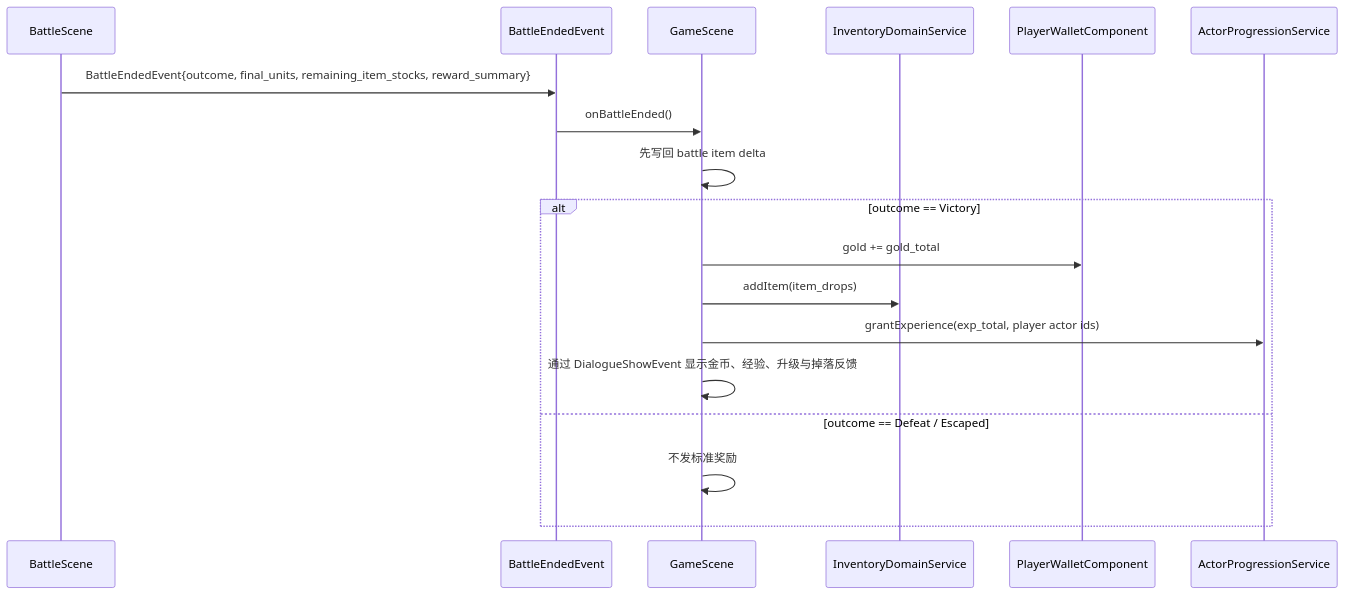
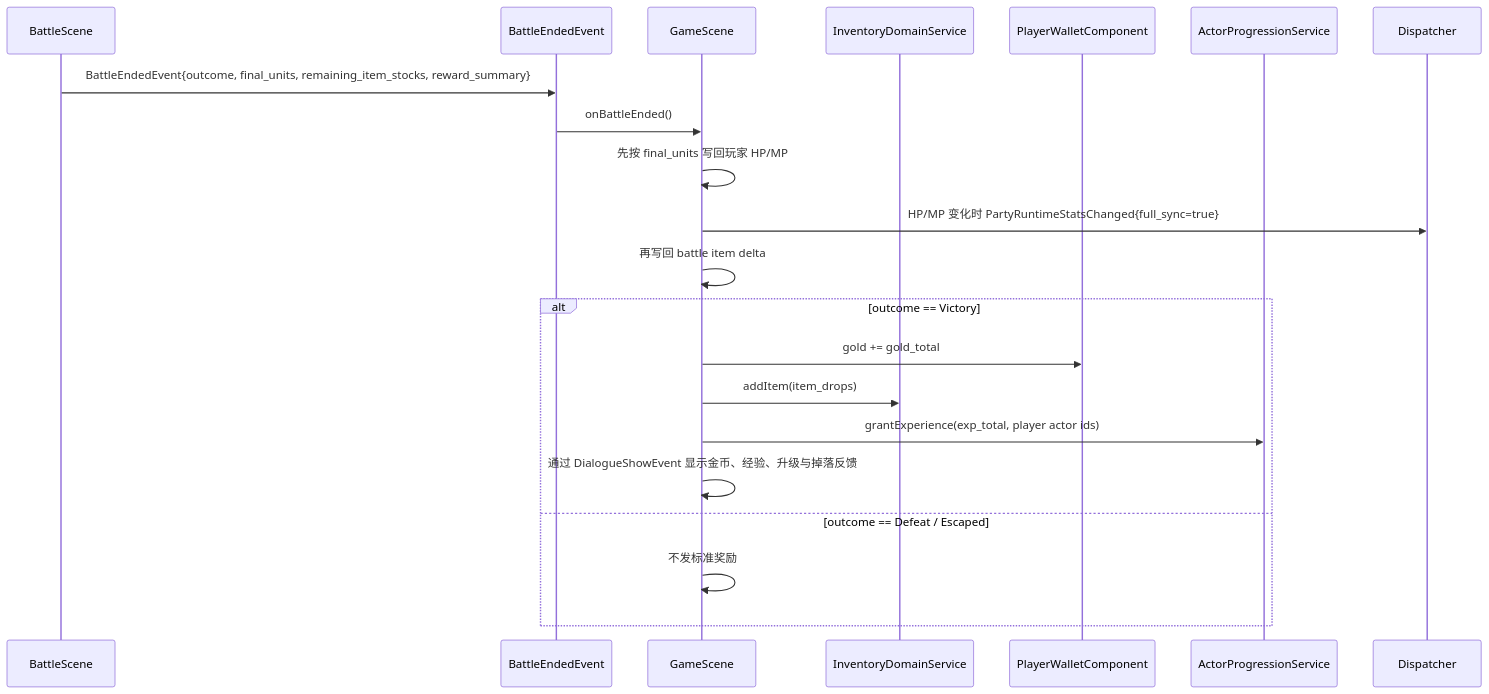
The seventh of 8 diagrams in docs/gameplay/turn-based-battle.md (WispSnow/TinyFarmRPG), drawn with Mermaid before and after one commit. The commit also changed other lines of this file and 12 other files, not shown here.

````diff
--- a/docs/gameplay/turn-based-battle.md
+++ b/docs/gameplay/turn-based-battle.md
@@ -354,21 +379,24 @@
 ```mermaid
 sequenceDiagram
     participant BS as BattleScene
     participant EVT as BattleEndedEvent
     participant GS as GameScene
     participant INV as InventoryDomainService
     participant WALLET as PlayerWalletComponent
     participant PROG as ActorProgressionService
+    participant D as Dispatcher
 
     BS->>EVT: BattleEndedEvent{outcome, final_units, remaining_item_stocks, reward_summary}
     EVT->>GS: onBattleEnded()
-    GS->>GS: 先写回 battle item delta
+    GS->>GS: 先按 final_units 写回玩家 HP/MP
+    GS->>D: HP/MP 变化时 PartyRuntimeStatsChanged{full_sync=true}
+    GS->>GS: 再写回 battle item delta
     alt outcome == Victory
         GS->>WALLET: gold += gold_total
         GS->>INV: addItem(item_drops)
         GS->>PROG: grantExperience(exp_total, player actor ids)
         GS->>GS: 通过 DialogueShowEvent 显示金币、经验、升级与掉落反馈
     else outcome == Defeat / Escaped
         GS->>GS: 不发标准奖励
     end
 ```
````
